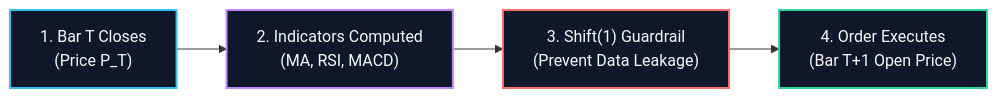
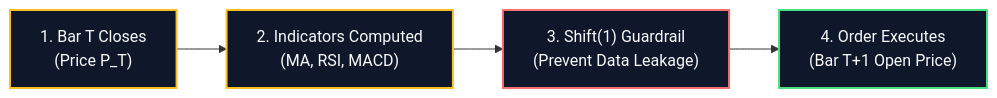
The second of 3 diagrams in README.md (21Afnan/cryptosight), drawn with Mermaid before and after one commit. The commit also changed other lines of this file, not shown here.

````diff
--- a/README.md
+++ b/README.md
@@ -127,16 +123,14 @@
 ```mermaid
 flowchart LR
     A["1. Bar T Closes\n(Price P_T)"] --> B["2. Indicators Computed\n(MA, RSI, MACD)"]
     B --> C["3. Shift(1) Guardrail\n(Prevent Data Leakage)"]
     C --> D["4. Order Executes\n(Bar T+1 Open Price)"]
 
-    classDef stepA fill:#0f172a,stroke:#38bdf8,stroke-width:2px,color:#f8fafc;
-    classDef stepB fill:#0f172a,stroke:#c084fc,stroke-width:2px,color:#f8fafc;
-    classDef stepC fill:#0f172a,stroke:#f87171,stroke-width:2px,color:#f8fafc;
-    classDef stepD fill:#0f172a,stroke:#34d399,stroke-width:2px,color:#f8fafc;
+    classDef neutral fill:#0f172a,stroke:#fbbf24,stroke-width:2px,color:#f8fafc;
+    classDef warning fill:#0f172a,stroke:#f87171,stroke-width:2px,color:#f8fafc;
+    classDef success fill:#0f172a,stroke:#4ade80,stroke-width:2px,color:#f8fafc;
 
-    class A stepA;
-    class B stepB;
-    class C stepC;
-    class D stepD;
+    class A,B neutral;
+    class C warning;
+    class D success;
 ```
````
